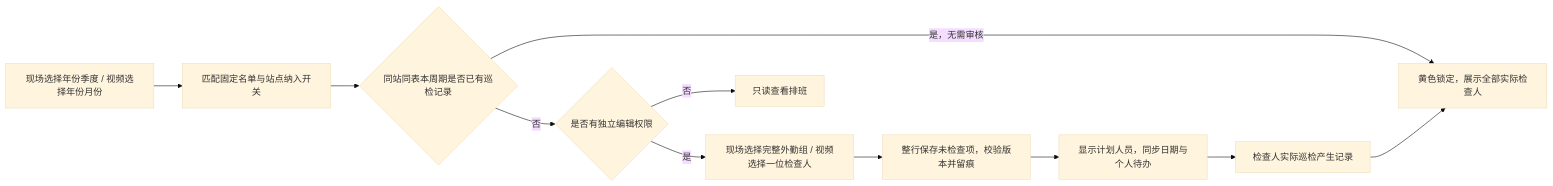
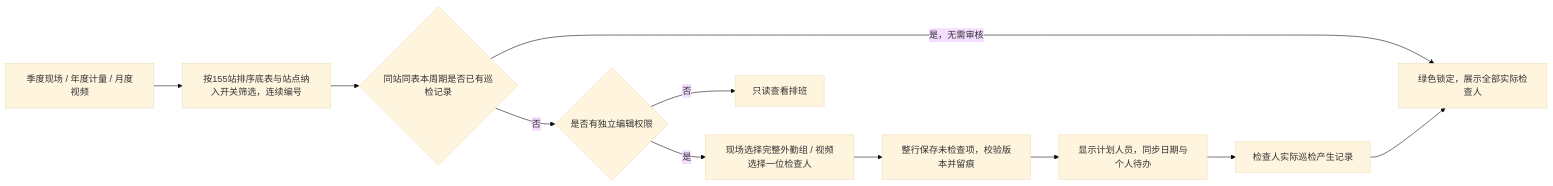
The ninth of 11 diagrams in README.md (HanchengZuo/ywddzx-smart-platform), drawn with Mermaid (base theme) before and after one commit. The commit also changed other lines of this file and 8 other files, not shown here.

````diff
--- a/README.md
+++ b/README.md
@@ -650,13 +650,13 @@
 ```mermaid
 flowchart LR
-    C[现场选择年份季度 / 视频选择年份月份] --> S[匹配固定名单与站点纳入开关]
+    C[季度现场 / 年度计量 / 月度视频] --> S[按155站排序底表与站点纳入开关筛选，连续编号]
     S --> DONE{同站同表本周期是否已有巡检记录}
-    DONE -->|是，无需审核| FINISH[黄色锁定，展示全部实际检查人]
+    DONE -->|是，无需审核| FINISH[绿色锁定，展示全部实际检查人]
     DONE -->|否| AUTH{是否有独立编辑权限}
     AUTH -->|否| READ[只读查看排班]
     AUTH -->|是| A[现场选择完整外勤组 / 视频选择一位检查人]
     A --> SAVE[整行保存未检查项，校验版本并留痕]
     SAVE --> BOARD[显示计划人员，同步日期与个人待办]
     BOARD --> I[检查人实际巡检产生记录]
     I --> FINISH
 ```
````
